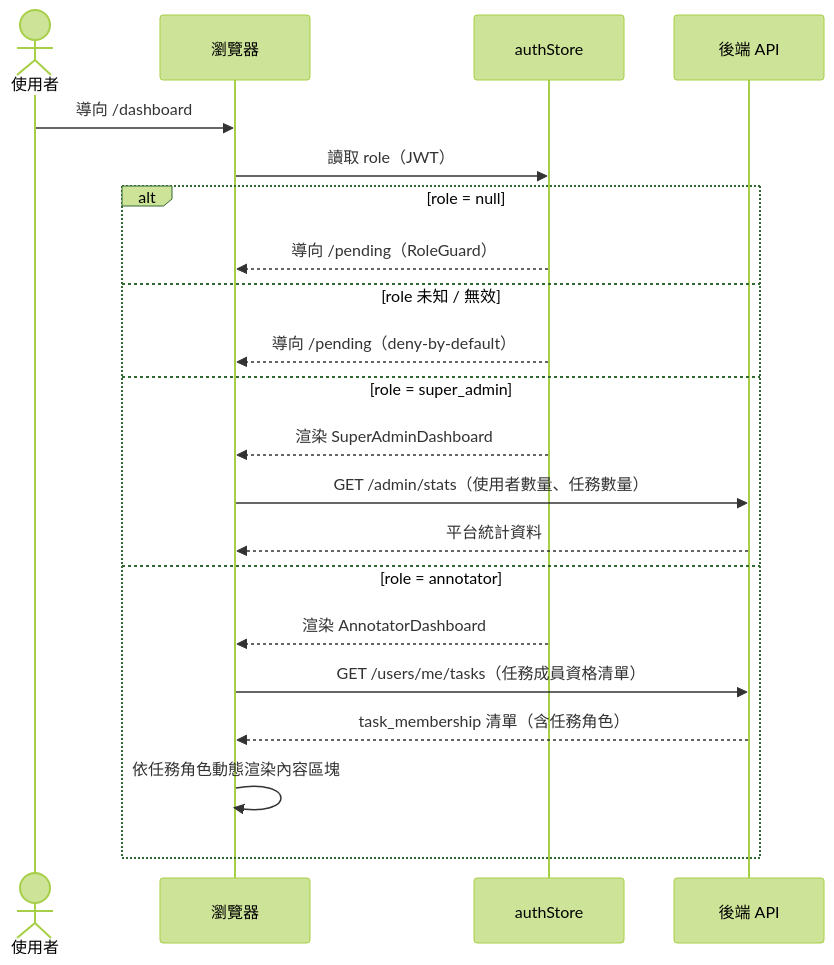
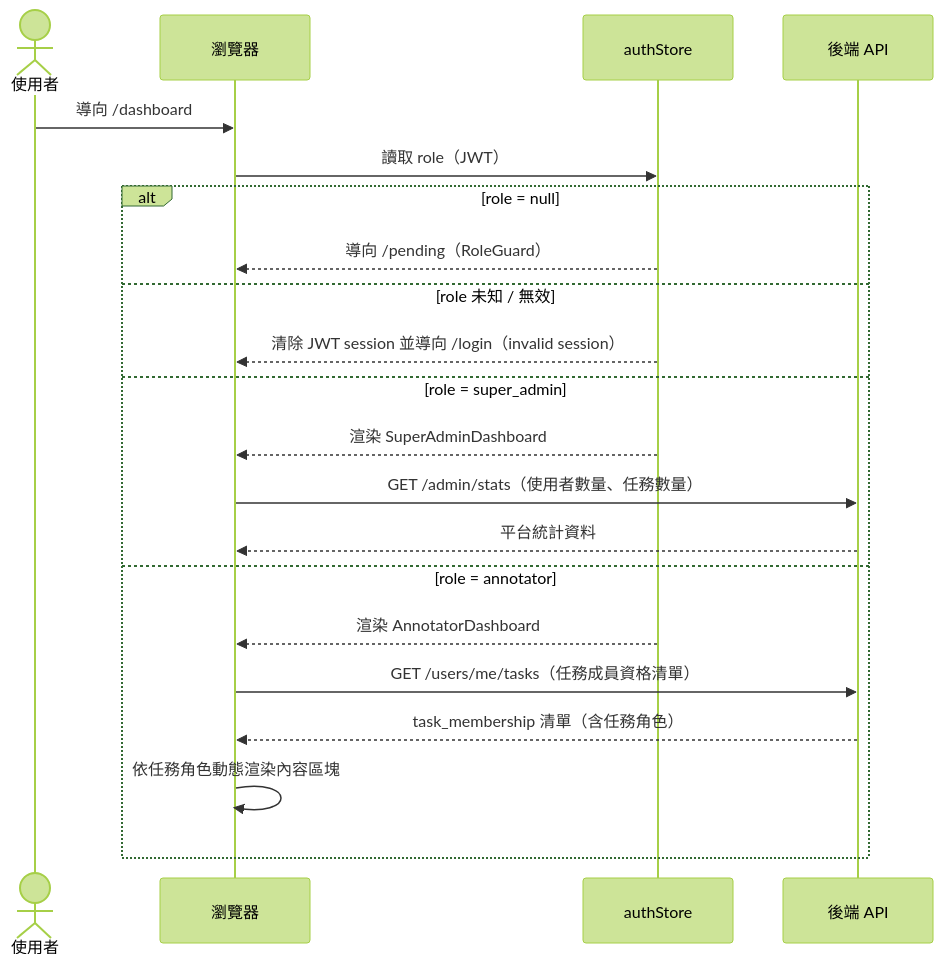
Before and after one commit to singyichen/label-suite: the first of 2 diagrams in specs/dashboard/012-dashboard/spec.md, drawn with Mermaid (forest theme). The commit also changed other lines of this file and 6 other files, not shown here.

````diff
--- a/specs/dashboard/012-dashboard/spec.md
+++ b/specs/dashboard/012-dashboard/spec.md
@@ -12,25 +12,25 @@
 ```mermaid
 sequenceDiagram
     actor 使用者
     participant 瀏覽器
     participant authStore
     participant 後端API as 後端 API
 
     使用者->>瀏覽器: 導向 /dashboard
     瀏覽器->>authStore: 讀取 role（JWT）
 
     alt role = null
         authStore-->>瀏覽器: 導向 /pending（RoleGuard）
     else role 未知 / 無效
-        authStore-->>瀏覽器: 導向 /pending（deny-by-default）
+        authStore-->>瀏覽器: 清除 JWT session 並導向 /login（invalid session）
     else role = super_admin
         authStore-->>瀏覽器: 渲染 SuperAdminDashboard
         瀏覽器->>後端API: GET /admin/stats（使用者數量、任務數量）
         後端API-->>瀏覽器: 平台統計資料
     else role = annotator
         authStore-->>瀏覽器: 渲染 AnnotatorDashboard
         瀏覽器->>後端API: GET /users/me/tasks（任務成員資格清單）
         後端API-->>瀏覽器: task_membership 清單（含任務角色）
         瀏覽器->>瀏覽器: 依任務角色動態渲染內容區塊
     end
 ```
````
